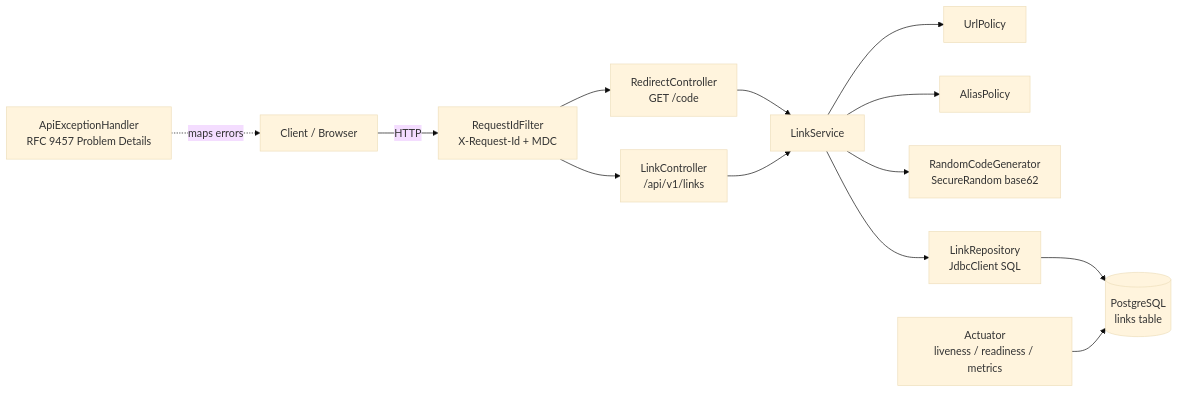
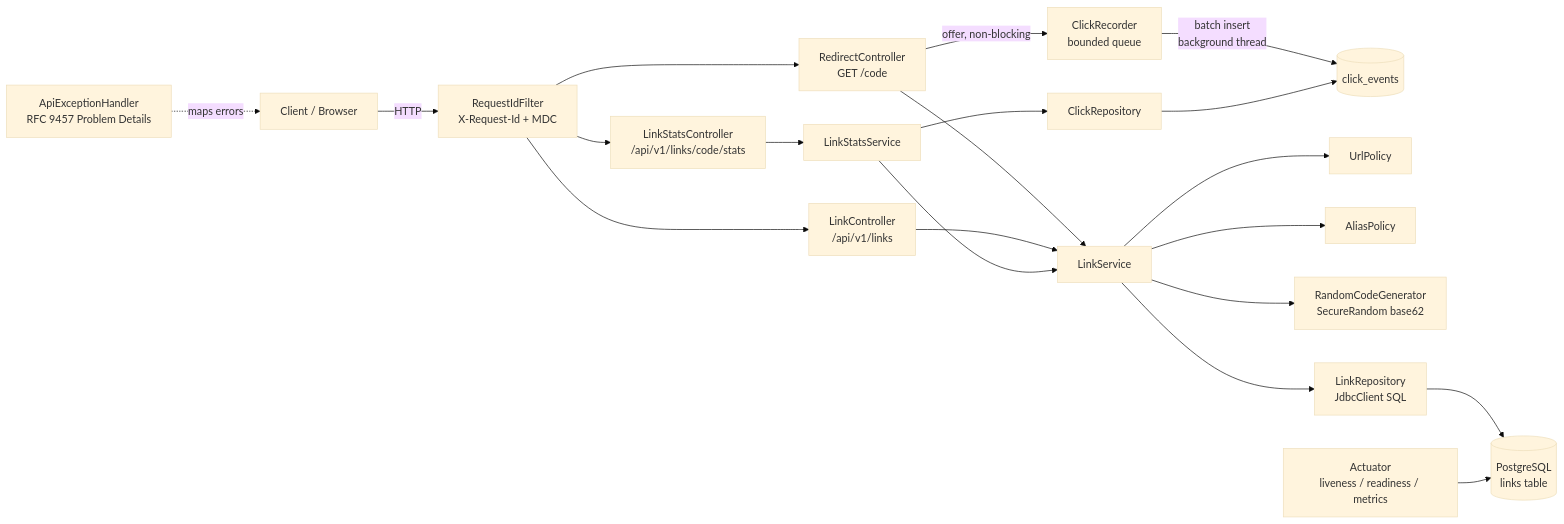
One commit to kartikchatlani/ngoms-ai-assessment changed the first of 3 diagrams in docs/architecture.md. Above: the diagram before and after it, drawn with Mermaid (base theme). The commit also changed other lines of this file and 34 other files, not shown here.

````diff
--- a/docs/architecture.md
+++ b/docs/architecture.md
@@ -16,15 +18,22 @@
 ```mermaid
 flowchart LR
     C[Client / Browser] -->|HTTP| F[RequestIdFilter<br/>X-Request-Id + MDC]
     F --> RC[RedirectController<br/>GET /code]
     F --> LC[LinkController<br/>/api/v1/links]
+    F --> SC[LinkStatsController<br/>/api/v1/links/code/stats]
     RC --> S[LinkService]
     LC --> S
+    RC -->|offer, non-blocking| CR[ClickRecorder<br/>bounded queue]
+    CR -->|batch insert<br/>background thread| CDB[(click_events)]
+    SC --> SS[LinkStatsService]
+    SS --> S
+    SS --> CRP[ClickRepository]
+    CRP --> CDB
     S --> UP[UrlPolicy]
     S --> AP[AliasPolicy]
     S --> G[RandomCodeGenerator<br/>SecureRandom base62]
     S --> R[LinkRepository<br/>JdbcClient SQL]
     R --> DB[(PostgreSQL<br/>links table)]
     EH[ApiExceptionHandler<br/>RFC 9457 Problem Details] -.maps errors.-> C
     A[Actuator<br/>liveness / readiness / metrics] --> DB
 ```
````
